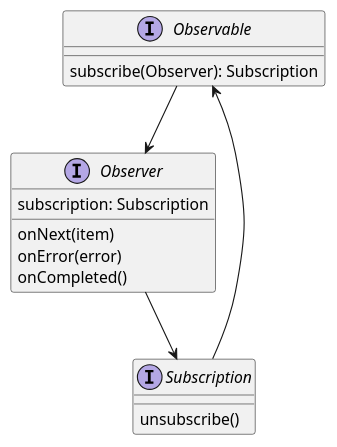
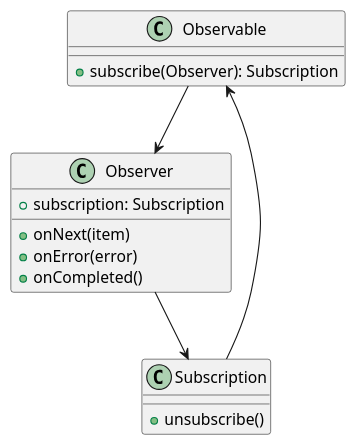
The diagram in diagrams/callback-pattern.puml (FilippoVissani/master-thesis), drawn with PlantUML before and after one commit. The commit also changed 1 other file, not shown here.

Commit message:
docs: improve callback pattern class diagram

```diff
--- a/diagrams/callback-pattern.puml
+++ b/diagrams/callback-pattern.puml
@@ -1,22 +1,22 @@
 @startuml
 
-interface Observable {
-    subscribe(Observer): Subscription
+class Observable {
+    +subscribe(Observer): Subscription
 }
 
-interface Observer {
-    subscription: Subscription
-    onNext(item)
-    onError(error)
-    onCompleted()
+class Observer {
+    +subscription: Subscription
+    +onNext(item)
+    +onError(error)
+    +onCompleted()
 }
 
-interface Subscription {
-    unsubscribe()
+class Subscription {
+    +unsubscribe()
 }
 
 Observable --> Observer
 Observer --> Subscription
 Subscription --> Observable
 
 @enduml
```
